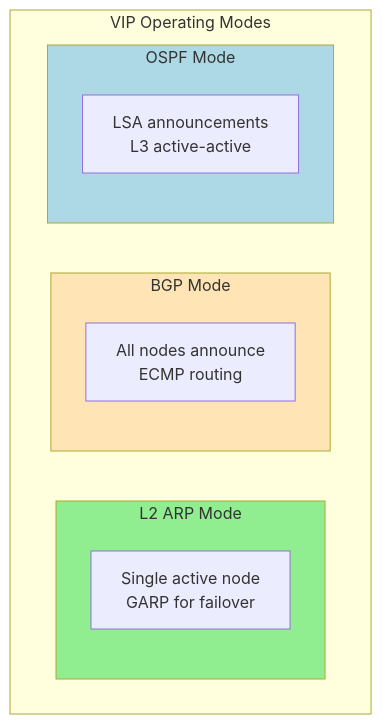
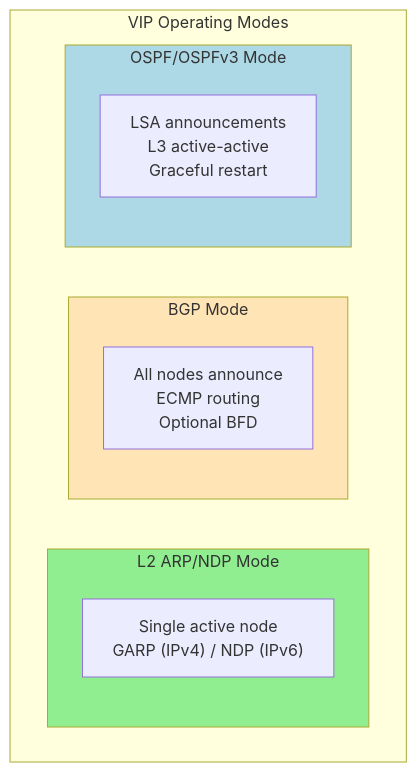
The third of 5 diagrams in docs/reference/crd-reference.md (azrtydxb/novaedge), drawn with Mermaid before and after one commit. The commit also changed other lines of this file and 39 other files, not shown here.

First line of the commit message:
[Feature] VIP enhancements: BFD, OSPF, IPv6 dual-stack, IP address pools (#73, #83, #88, #89) (#120)

````diff
--- a/docs/reference/crd-reference.md
+++ b/docs/reference/crd-reference.md
@@ -563,18 +566,18 @@
 ```mermaid
 flowchart TB
     subgraph VIPModes["VIP Operating Modes"]
-        subgraph L2Mode["L2 ARP Mode"]
-            L2["Single active node<br/>GARP for failover"]
+        subgraph L2Mode["L2 ARP/NDP Mode"]
+            L2["Single active node<br/>GARP (IPv4) / NDP (IPv6)"]
         end
         subgraph BGPMode["BGP Mode"]
-            BGP["All nodes announce<br/>ECMP routing"]
+            BGP["All nodes announce<br/>ECMP routing<br/>Optional BFD"]
         end
-        subgraph OSPFMode["OSPF Mode"]
-            OSPF["LSA announcements<br/>L3 active-active"]
+        subgraph OSPFMode["OSPF/OSPFv3 Mode"]
+            OSPF["LSA announcements<br/>L3 active-active<br/>Graceful restart"]
         end
     end
 
     style L2Mode fill:#90EE90
     style BGPMode fill:#FFE4B5
     style OSPFMode fill:#ADD8E6
 ```
````
